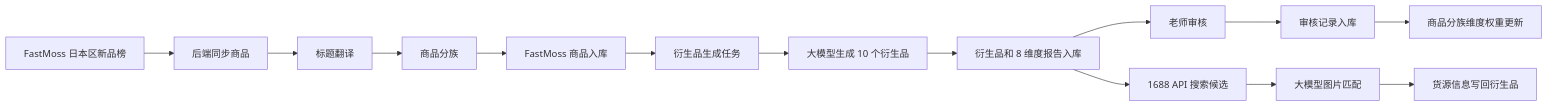
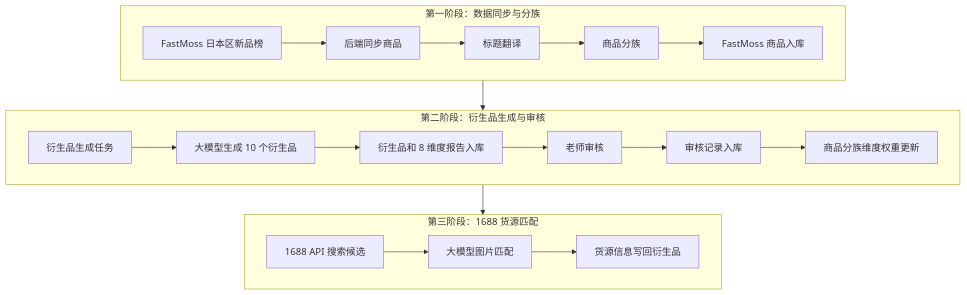
One commit to hanfei-hub/yxkj_tk changed the diagram in docs/03_BACKEND_BUSINESS_FLOW.md. Above: the diagram before and after it, drawn with Mermaid. The commit also changed 30 other files, not shown here.

````diff
--- a/docs/03_BACKEND_BUSINESS_FLOW.md
+++ b/docs/03_BACKEND_BUSINESS_FLOW.md
@@ -5,16 +5,28 @@
 ```mermaid
-flowchart LR
-    A["FastMoss 日本区新品榜"] --> B["后端同步商品"]
-    B --> C["标题翻译"]
-    C --> D["商品分族"]
-    D --> E["FastMoss 商品入库"]
-    E --> F["衍生品生成任务"]
-    F --> G["大模型生成 10 个衍生品"]
-    G --> H["衍生品和 8 维度报告入库"]
-    H --> I["老师审核"]
-    I --> J["审核记录入库"]
-    J --> K["商品分族维度权重更新"]
-    H --> L["1688 API 搜索候选"]
-    L --> M["大模型图片匹配"]
-    M --> N["货源信息写回衍生品"]
+flowchart TB
+    subgraph row1["第一阶段：数据同步与分族"]
+        direction LR
+        A["FastMoss 日本区新品榜"] --> B["后端同步商品"]
+        B --> C["标题翻译"]
+        C --> D["商品分族"]
+        D --> E["FastMoss 商品入库"]
+    end
+
+    subgraph row2["第二阶段：衍生品生成与审核"]
+        direction LR
+        F["衍生品生成任务"] --> G["大模型生成 10 个衍生品"]
+        G --> H["衍生品和 8 维度报告入库"]
+        H --> I["老师审核"]
+        I --> J["审核记录入库"]
+        J --> K["商品分族维度权重更新"]
+    end
+
+    subgraph row3["第三阶段：1688 货源匹配"]
+        direction LR
+        L["1688 API 搜索候选"] --> M["大模型图片匹配"]
+        M --> N["货源信息写回衍生品"]
+    end
+
+    E --> F
+    H --> L
 ```
````
